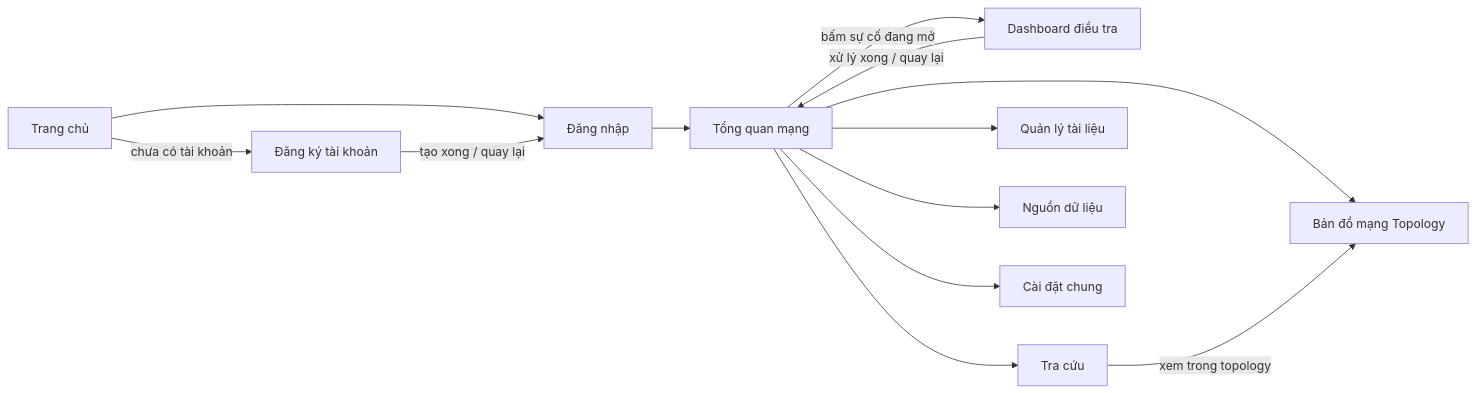
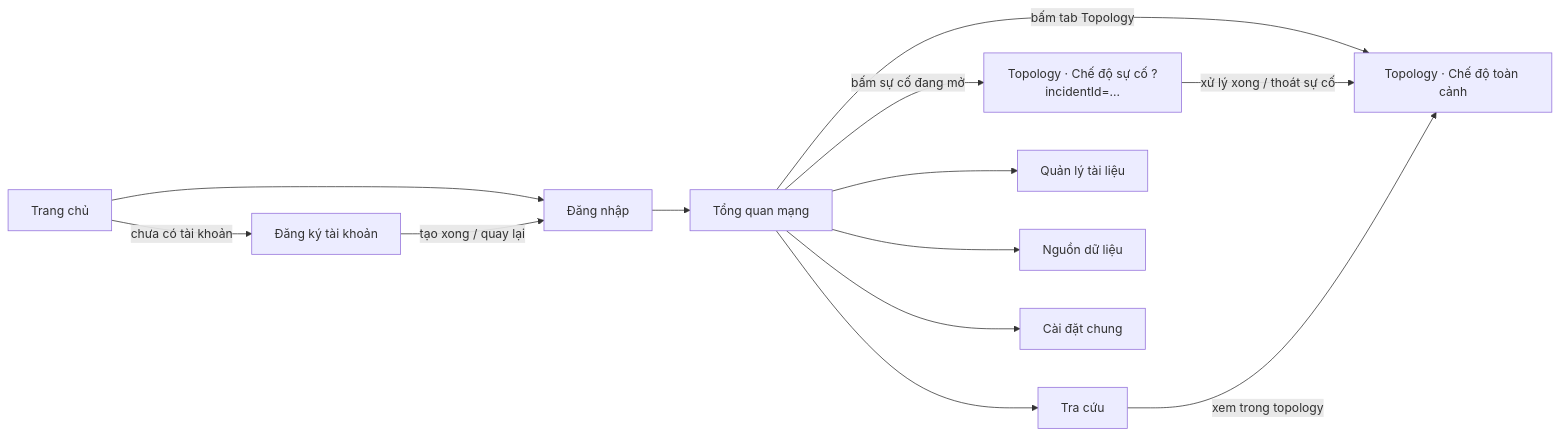
Before and after one commit to RainAllDay-vn/graduation-project: the diagram in docs/week04-ui-ux-design/app-pages.md, drawn with Mermaid. The commit also changed other lines of this file and 11 other files, not shown here.

Commit message:
refactor: merge topology and incident page into one

````diff
--- a/docs/week04-ui-ux-design/app-pages.md
+++ b/docs/week04-ui-ux-design/app-pages.md
@@ -34,15 +34,15 @@
 ```mermaid
 flowchart LR
     LAND[Trang chủ] --> LOGIN[Đăng nhập]
     LAND -->|chưa có tài khoản| SIGNUP[Đăng ký tài khoản]
     LOGIN --> OV[Tổng quan mạng]
     SIGNUP -->|tạo xong / quay lại| LOGIN
-    OV -->|bấm sự cố đang mở| DASH[Dashboard điều tra]
-    DASH -->|xử lý xong / quay lại| OV
-    OV --> TOPO[Bản đồ mạng Topology]
+    OV -->|bấm sự cố đang mở| TOPO_INC[Topology · Chế độ sự cố ?incidentId=...]
+    OV -->|bấm tab Topology| TOPO[Topology · Chế độ toàn cảnh]
+    TOPO_INC -->|xử lý xong / thoát sự cố| TOPO
     OV --> TC[Tra cứu]
     TC -->|xem trong topology| TOPO
     OV --> DOCS[Quản lý tài liệu]
     OV --> SRC[Nguồn dữ liệu]
     OV --> SET[Cài đặt chung]
 ```
````
